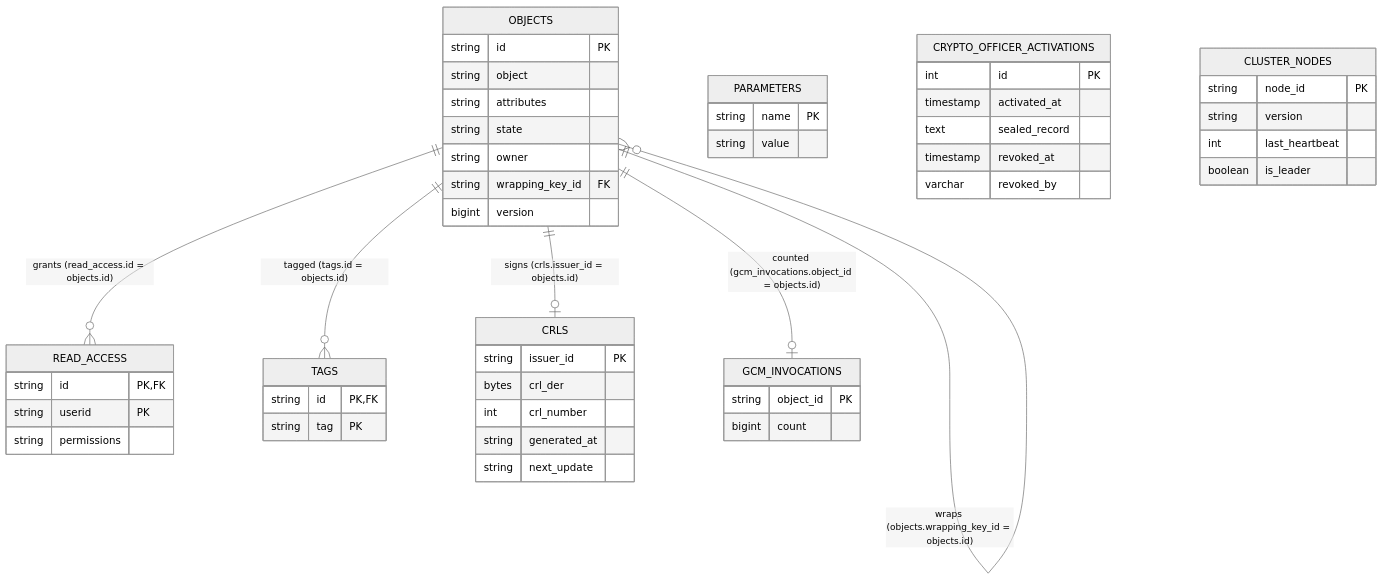
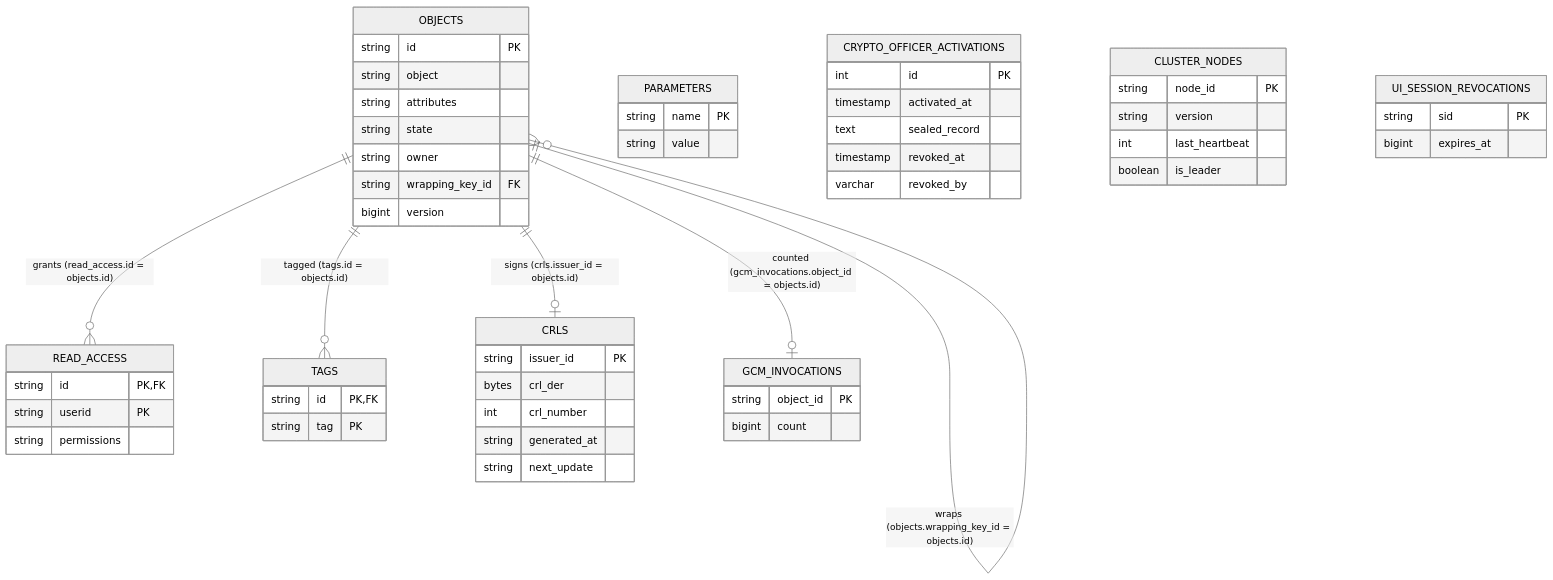
Before and after one commit to Cosmian/kms: the diagram in documentation/docs/configuration/database/tables.md, drawn with Mermaid (neutral theme). The commit also changed other lines of this file and 22 other files, not shown here.

First line of the commit message:
feat(server): store Web UI session revocations in the KMS database

````diff
--- a/documentation/docs/configuration/database/tables.md
+++ b/documentation/docs/configuration/database/tables.md
@@ -29,54 +30,58 @@
 ```mermaid
 erDiagram
     OBJECTS ||--o{ READ_ACCESS : "grants (read_access.id = objects.id)"
     OBJECTS ||--o{ TAGS : "tagged (tags.id = objects.id)"
     OBJECTS ||--o{ OBJECTS : "wraps (objects.wrapping_key_id = objects.id)"
     OBJECTS ||--o| CRLS : "signs (crls.issuer_id = objects.id)"
     OBJECTS ||--o| GCM_INVOCATIONS : "counted (gcm_invocations.object_id = objects.id)"
     PARAMETERS {
         string name PK
         string value
     }
     OBJECTS {
         string id PK
         string object
         string attributes
         string state
         string owner
         string wrapping_key_id FK
         bigint version
     }
     READ_ACCESS {
         string id PK,FK
         string userid PK
         string permissions
     }
     TAGS {
         string id PK,FK
         string tag PK
     }
     CRLS {
         string issuer_id PK
         bytes  crl_der
         int    crl_number
         string generated_at
         string next_update
     }
     GCM_INVOCATIONS {
         string object_id PK
         bigint count
     }
     CRYPTO_OFFICER_ACTIVATIONS {
         int id PK
         timestamp activated_at
         text sealed_record
         timestamp revoked_at
         varchar revoked_by
     }
     CLUSTER_NODES {
         string node_id PK
         string version
         int last_heartbeat
         boolean is_leader
     }
+    UI_SESSION_REVOCATIONS {
+        string sid PK
+        bigint expires_at
+    }
 ```
````
